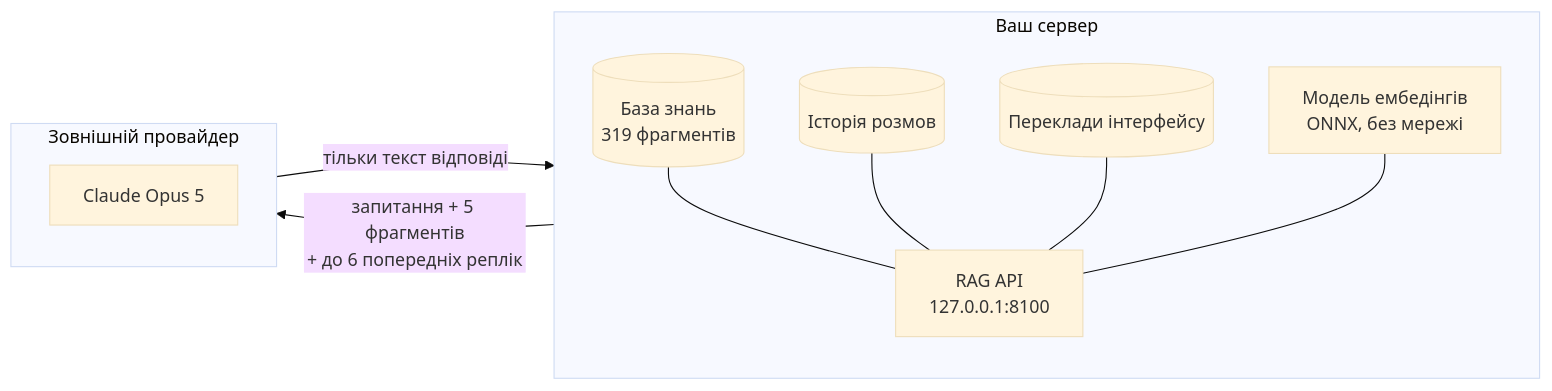
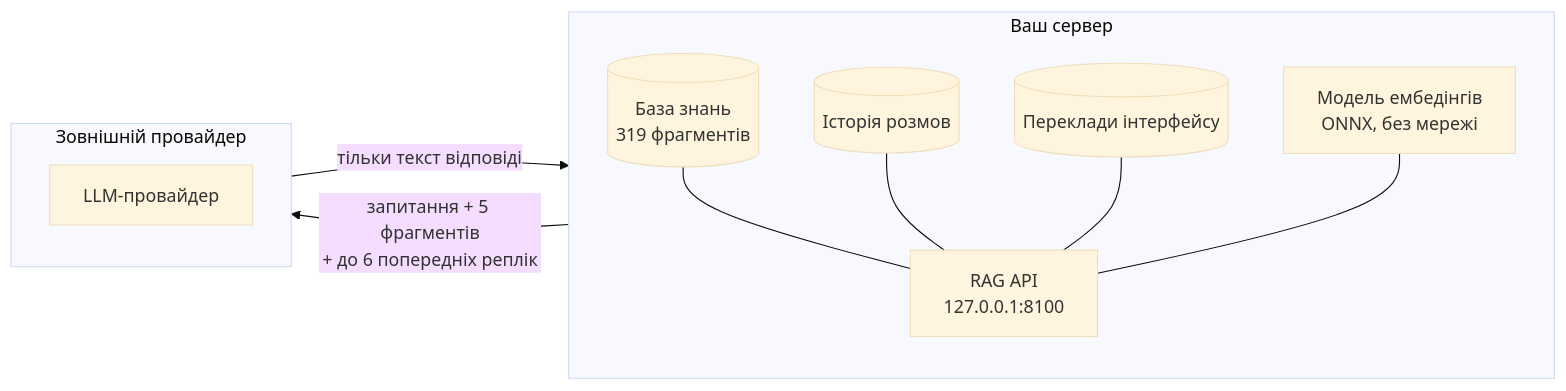
The sixth of 6 diagrams in RAG.md (kindrakevich-agency/demax), drawn with Mermaid (base theme) before and after one commit. The commit also changed other lines of this file and 2 other files, not shown here.

````diff
--- a/RAG.md
+++ b/RAG.md
@@ -220,23 +219,23 @@
 ```mermaid
 flowchart LR
     subgraph IN["Ваш сервер"]
         direction TB
         I1[("База знань<br/>319 фрагментів")]
         I2[("Історія розмов")]
         I3[("Переклади інтерфейсу")]
         I4["Модель ембедінгів<br/>ONNX, без мережі"]
         I5["RAG API<br/>127.0.0.1:8100"]
         I1 --- I5
         I2 --- I5
         I3 --- I5
         I4 --- I5
     end
 
     subgraph OUT["Зовнішній провайдер"]
         direction TB
-        O1["Claude Opus 5"]
+        O1["LLM-провайдер"]
     end
 
     I5 -- "запитання + 5 фрагментів<br/>+ до 6 попередніх реплік" --> O1
     O1 -- "тільки текст відповіді" --> I5
 ```
````
